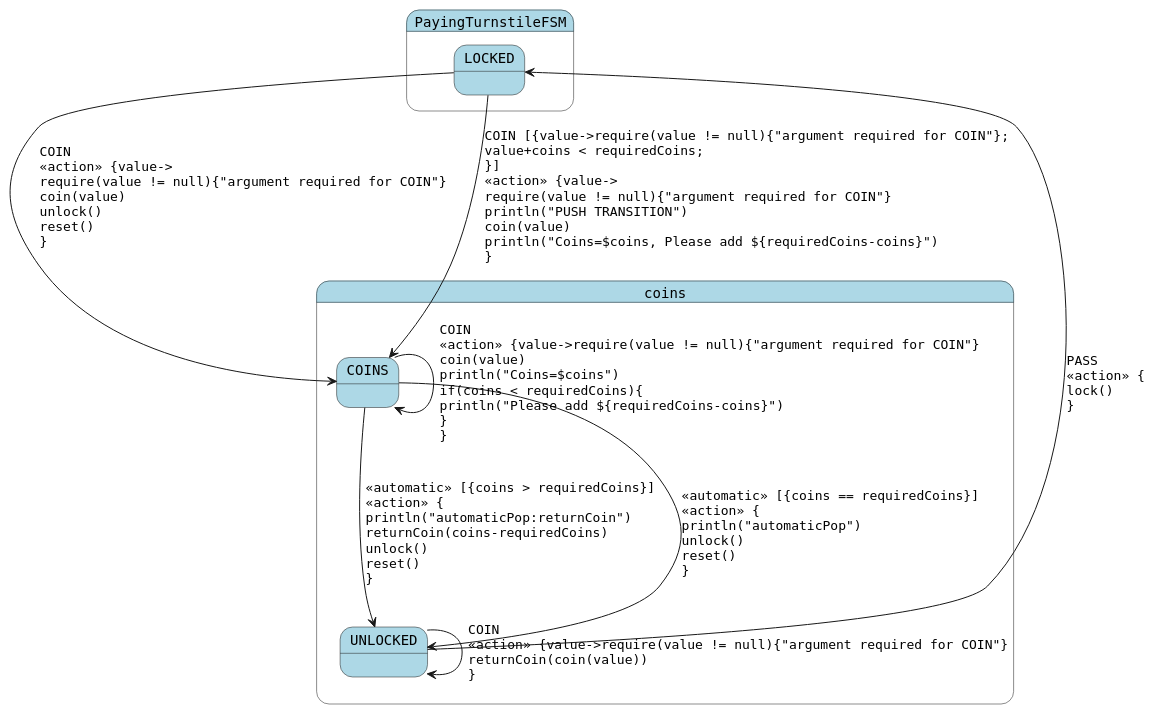
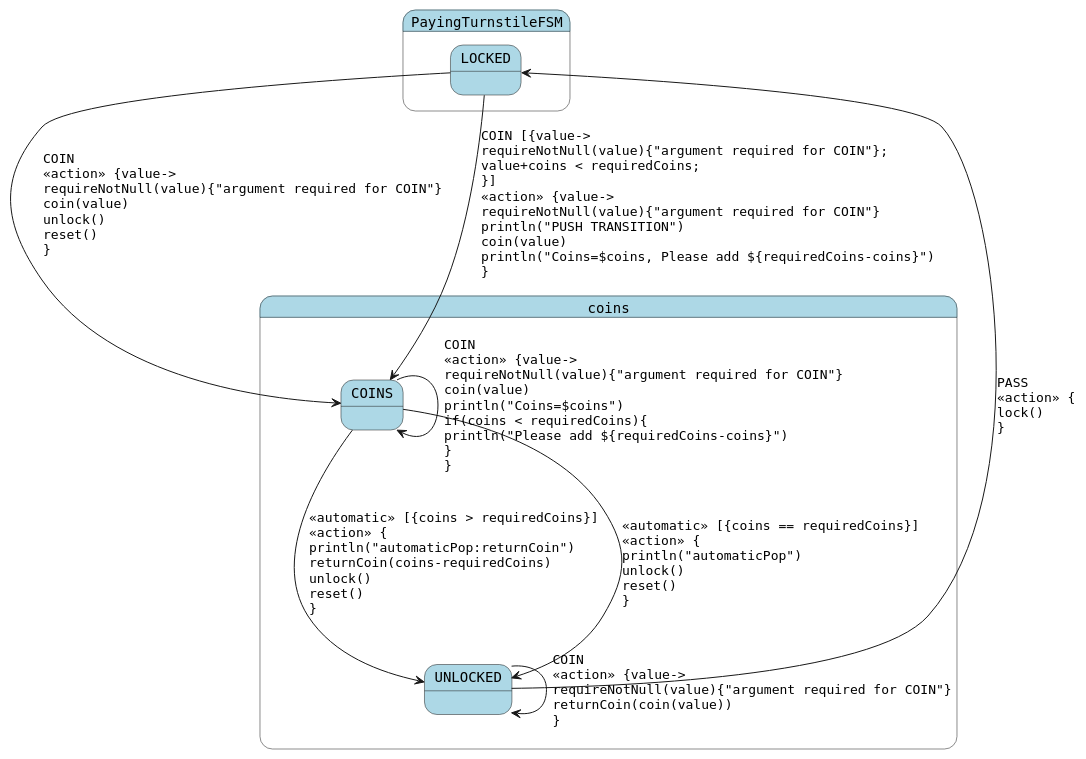
One commit to open-jumpco/kfsm changed the diagram in generated/paying-turnstile-detail.plantuml. Above: the diagram before and after it, drawn with PlantUML. The commit also changed 15 other files, not shown here.

```diff
--- a/generated/paying-turnstile-detail.plantuml
+++ b/generated/paying-turnstile-detail.plantuml
@@ -1,18 +1,18 @@
 @startuml
 skinparam StateFontName Helvetica
 skinparam defaultFontName Monospaced
 skinparam state {
     BackgroundColor LightBlue
 }
 state coins {
 COINS --> UNLOCKED : <<automatic>> [{coins > requiredCoins}]\l<<action>> {\lprintln("automaticPop:returnCoin")\lreturnCoin(coins-requiredCoins)\lunlock()\lreset()\l}
 COINS --> UNLOCKED : <<automatic>> [{coins == requiredCoins}]\l<<action>> {\lprintln("automaticPop")\lunlock()\lreset()\l}
-COINS --> COINS : COIN\l<<action>> {value->require(value != null){"argument required for COIN"}\lcoin(value)\lprintln("Coins=$coins")\lif(coins < requiredCoins){\lprintln("Please add ${requiredCoins-coins}")\l}\l}
+COINS --> COINS : COIN\l<<action>> {value->\lrequireNotNull(value){"argument required for COIN"}\lcoin(value)\lprintln("Coins=$coins")\lif(coins < requiredCoins){\lprintln("Please add ${requiredCoins-coins}")\l}\l}
 }
 state PayingTurnstileFSM {
-LOCKED --> COINS : COIN\l<<action>> {value->\lrequire(value != null){"argument required for COIN"}\lcoin(value)\lunlock()\lreset()\l}
-LOCKED --> COINS : COIN [{value->require(value != null){"argument required for COIN"};\lvalue+coins < requiredCoins;\l}]\l<<action>> {value->\lrequire(value != null){"argument required for COIN"}\lprintln("PUSH TRANSITION")\lcoin(value)\lprintln("Coins=$coins, Please add ${requiredCoins-coins}")\l}
-UNLOCKED --> UNLOCKED : COIN\l<<action>> {value->require(value != null){"argument required for COIN"}\lreturnCoin(coin(value))\l}
+LOCKED --> COINS : COIN\l<<action>> {value->\lrequireNotNull(value){"argument required for COIN"}\lcoin(value)\lunlock()\lreset()\l}
+LOCKED --> COINS : COIN [{value->\lrequireNotNull(value){"argument required for COIN"};\lvalue+coins < requiredCoins;\l}]\l<<action>> {value->\lrequireNotNull(value){"argument required for COIN"}\lprintln("PUSH TRANSITION")\lcoin(value)\lprintln("Coins=$coins, Please add ${requiredCoins-coins}")\l}
+UNLOCKED --> UNLOCKED : COIN\l<<action>> {value->\lrequireNotNull(value){"argument required for COIN"}\lreturnCoin(coin(value))\l}
 UNLOCKED --> LOCKED : PASS\l<<action>> {\llock()\l}
 }
 @enduml
```
